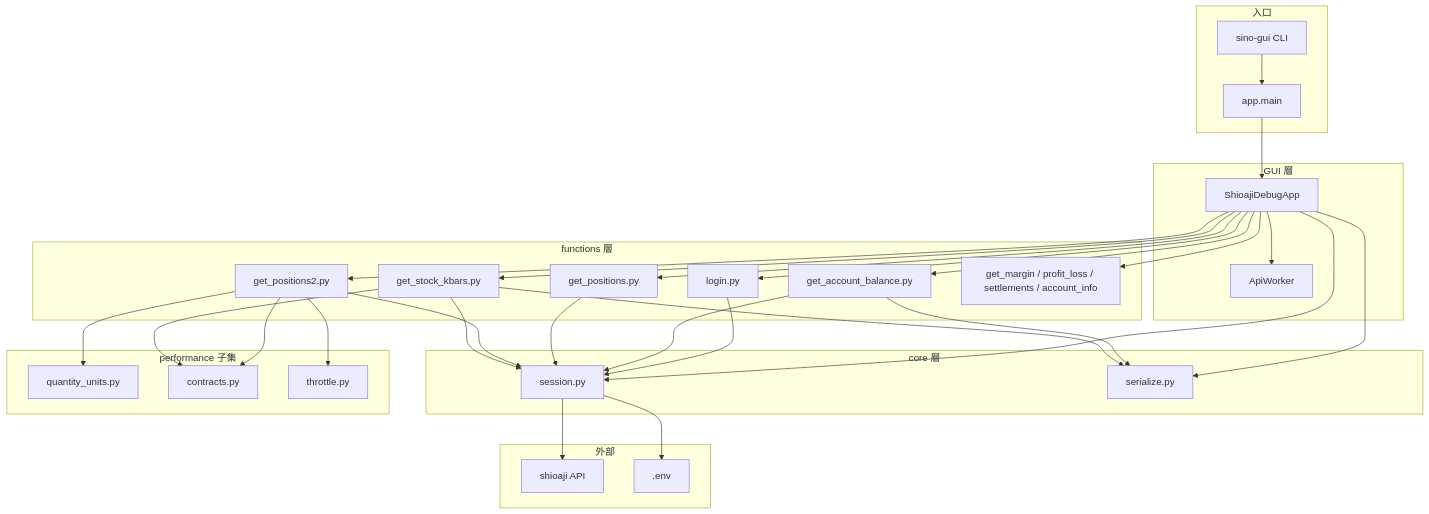
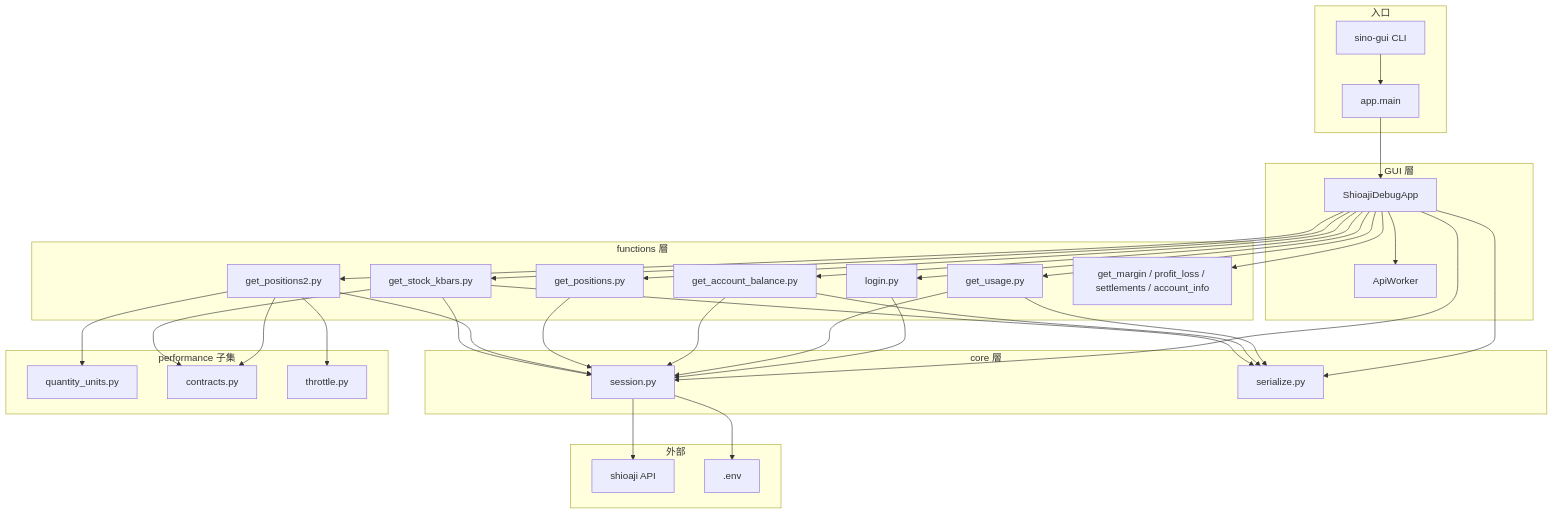
Before and after one commit to testtestProblem/sino_test_agent_cursor: the first of 5 diagrams in docs/SINO_GUI_ARCHITECTURE.md, drawn with Mermaid. The commit also changed other lines of this file and 4 other files, not shown here.

First line of the commit message:
Add Get API Usage for daily traffic and connection monitoring.

````diff
--- a/docs/SINO_GUI_ARCHITECTURE.md
+++ b/docs/SINO_GUI_ARCHITECTURE.md
@@ -39,61 +39,65 @@
 ```mermaid
 flowchart TB
     subgraph entry [入口]
         CLI[sino-gui CLI]
         Main[app.main]
     end
 
     subgraph gui_layer [GUI 層]
         App[ShioajiDebugApp]
         Worker[ApiWorker]
     end
 
     subgraph func_layer [functions 層]
         Login[login.py]
+        GetUsage[get_usage.py]
         GetBalance[get_account_balance.py]
         GetPos[get_positions.py]
         GetPos2[get_positions2.py]
         GetKbars[get_stock_kbars.py]
         Others[get_margin / profit_loss / settlements / account_info]
     end
 
     subgraph core_layer [core 層]
         Session[session.py]
         Serialize[serialize.py]
     end
 
     subgraph perf_subset [performance 子集]
         Qty[quantity_units.py]
         Contracts[contracts.py]
         Throttle[throttle.py]
     end
 
     subgraph ext [外部]
         Shioaji[shioaji API]
         Env[.env]
     end
 
     CLI --> Main --> App
     App --> Worker
     App --> Login
+    App --> GetUsage
     App --> GetBalance
     App --> GetPos
     App --> GetPos2
     App --> GetKbars
     App --> Others
     App --> Session
     App --> Serialize
     Login --> Session
+    GetUsage --> Session
+    GetUsage --> Serialize
     GetBalance --> Session
     GetBalance --> Serialize
     GetPos --> Session
     GetPos2 --> Session
     GetPos2 --> Qty
     GetPos2 --> Contracts
     GetPos2 --> Throttle
     GetKbars --> Session
     GetKbars --> Contracts
     GetKbars --> Serialize
     Session --> Shioaji
     Session --> Env
 ```
````
